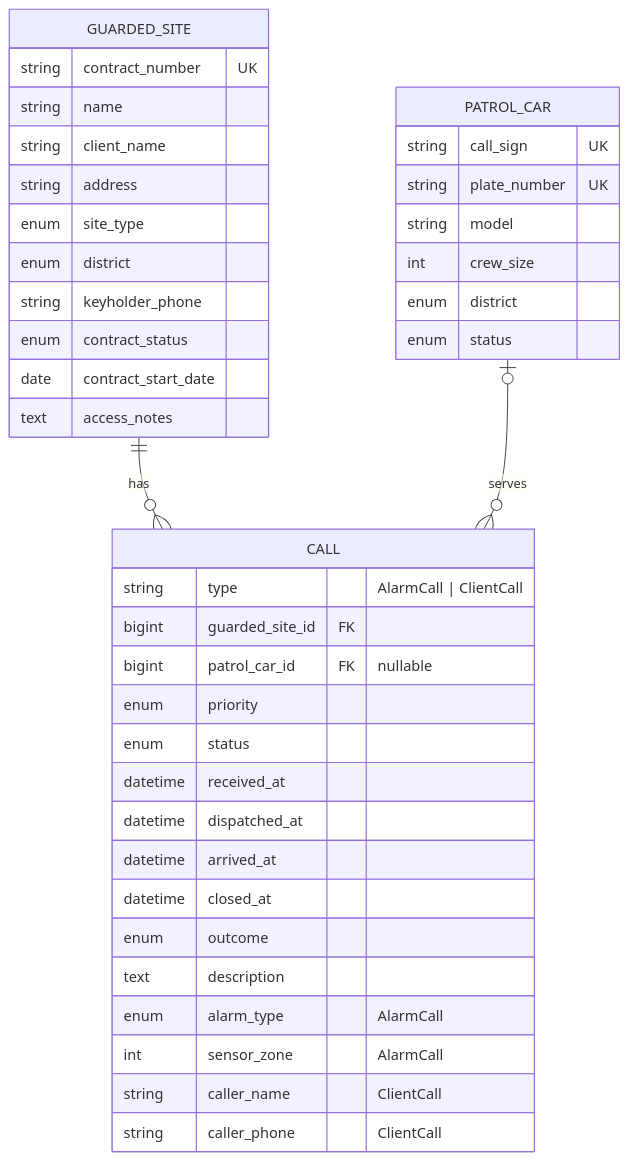
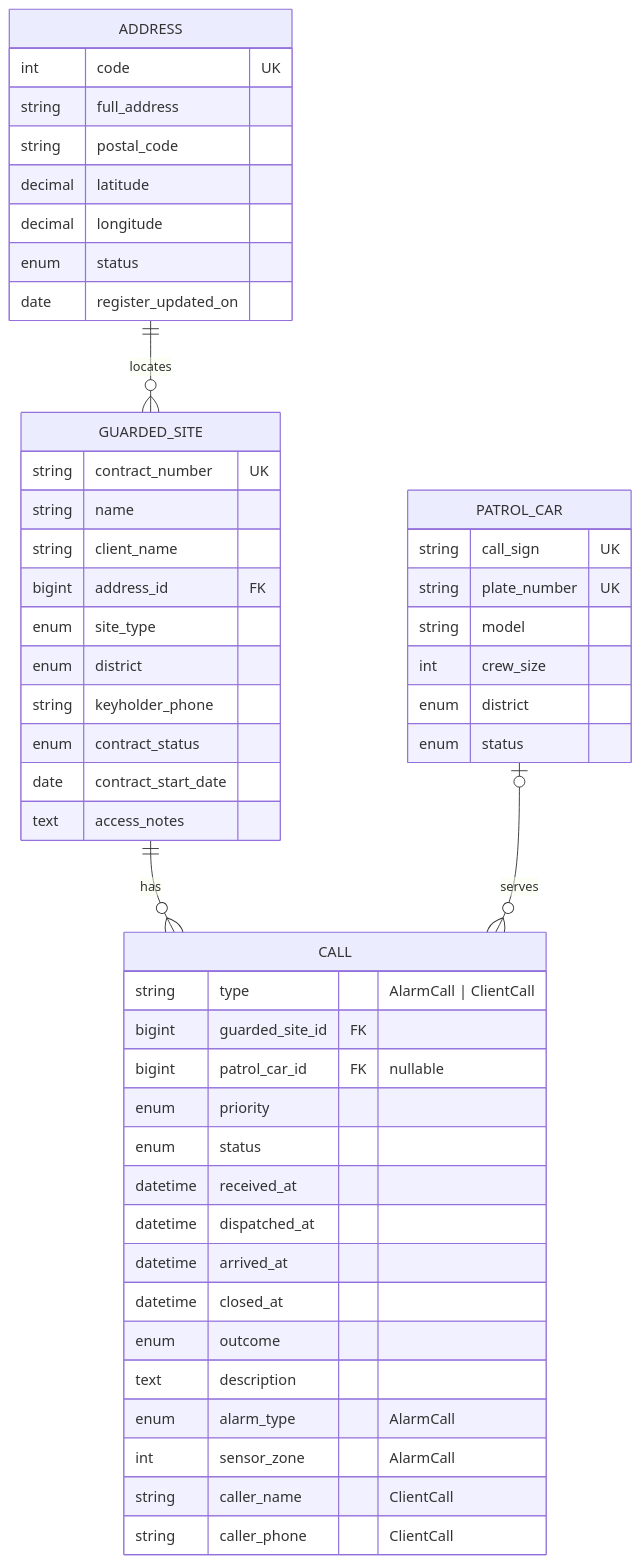
One commit to jromanovs/patrol-call-system changed the first of 2 diagrams in SPECIFICATION.md. Above: the diagram before and after it, drawn with Mermaid. The commit also changed other lines of this file, not shown here.

First line of the commit message:
docs(spec): address register, own OpenStreetMap copy, nearby services (#3)

````diff
--- a/SPECIFICATION.md
+++ b/SPECIFICATION.md
@@ -128,42 +153,52 @@
 ```mermaid
 erDiagram
+    ADDRESS ||--o{ GUARDED_SITE : "locates"
     GUARDED_SITE ||--o{ CALL : "has"
     PATROL_CAR |o--o{ CALL : "serves"
+    ADDRESS {
+        int code UK
+        string full_address
+        string postal_code
+        decimal latitude
+        decimal longitude
+        enum status
+        date register_updated_on
+    }
     GUARDED_SITE {
         string contract_number UK
         string name
         string client_name
-        string address
+        bigint address_id FK
         enum site_type
         enum district
         string keyholder_phone
         enum contract_status
         date contract_start_date
         text access_notes
     }
     PATROL_CAR {
         string call_sign UK
         string plate_number UK
         string model
         int crew_size
         enum district
         enum status
     }
     CALL {
         string type "AlarmCall | ClientCall"
         bigint guarded_site_id FK
         bigint patrol_car_id FK "nullable"
         enum priority
         enum status
         datetime received_at
         datetime dispatched_at
         datetime arrived_at
         datetime closed_at
         enum outcome
         text description
         enum alarm_type "AlarmCall"
         int sensor_zone "AlarmCall"
         string caller_name "ClientCall"
         string caller_phone "ClientCall"
     }
 ```
````
